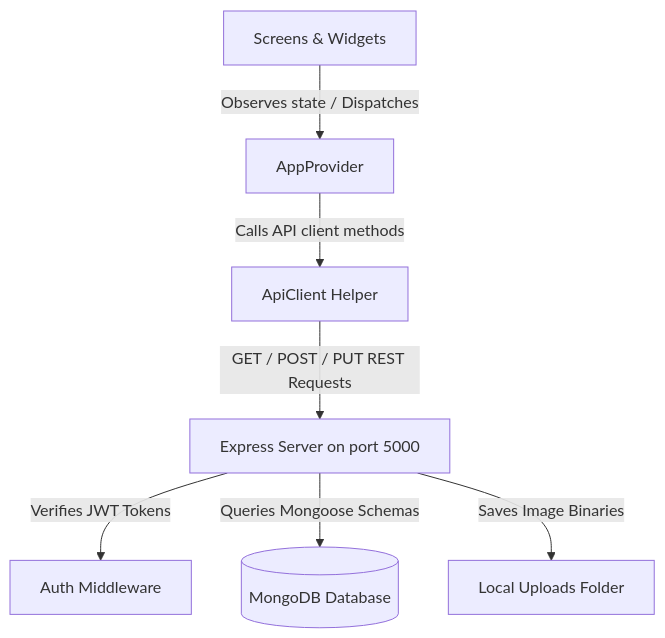
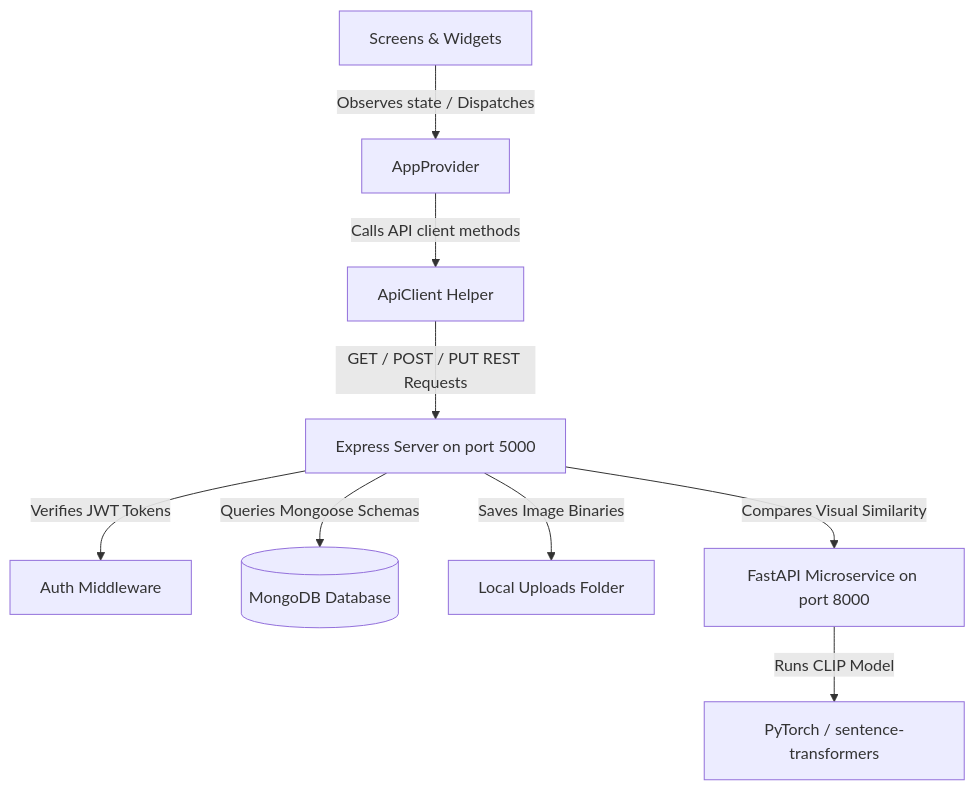
The first of 2 diagrams in docs/architecture.md (Varunpatel586/Civic_Connect), drawn with Mermaid before and after one commit. The commit also changed other lines of this file and 13 other files, not shown here.

````diff
--- a/docs/architecture.md
+++ b/docs/architecture.md
@@ -34,9 +40,11 @@
 ```mermaid
 graph TD
     UI[Screens & Widgets] -->|Observes state / Dispatches| Provider[AppProvider]
     Provider -->|Calls API client methods| ApiClient[ApiClient Helper]
     ApiClient -->|GET / POST / PUT REST Requests| Express[Express Server on port 5000]
     Express -->|Verifies JWT Tokens| Middleware[Auth Middleware]
     Express -->|Queries Mongoose Schemas| Mongo[(MongoDB Database)]
     Express -->|Saves Image Binaries| Uploads[Local Uploads Folder]
+    Express -->|Compares Visual Similarity| FastAPI[FastAPI Microservice on port 8000]
+    FastAPI -->|Runs CLIP Model| PyTorch[PyTorch / sentence-transformers]
 ```
````
